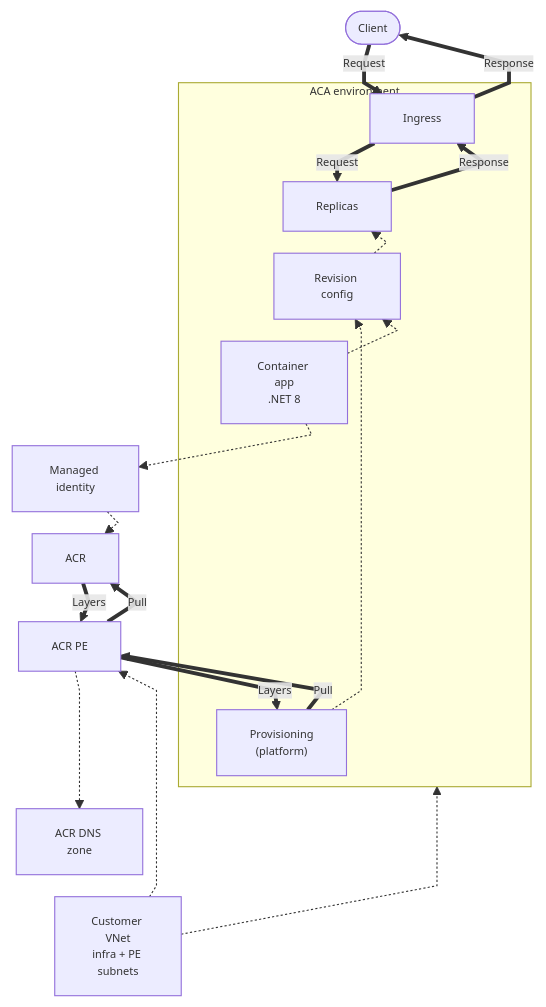
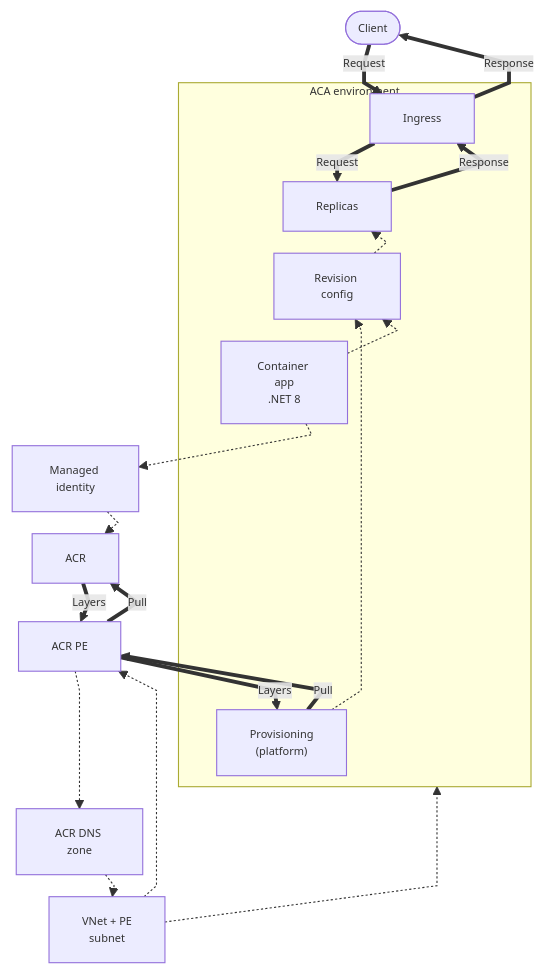
Before and after one commit to yeongseon/azure-container-apps-practical-guide: the first of 2 diagrams in docs/language-guides/dotnet/tutorial/03-configuration.md, drawn with Mermaid. The commit also changed other lines of this file and 1 other file, not shown here.

Commit message:
fix(diagrams): link .NET tutorial DNS zone

````diff
--- a/docs/language-guides/dotnet/tutorial/03-configuration.md
+++ b/docs/language-guides/dotnet/tutorial/03-configuration.md
@@ -38,36 +38,37 @@
 ```mermaid
 %%{init: {"themeVariables": {"fontSize": "10px"}, "flowchart": {"curve": "linear", "nodeSpacing": 5, "rankSpacing": 20, "diagramPadding": 2, "wrappingWidth": 55}}}%%
 flowchart TD
     accTitle: Production-ready Container Apps context for the .NET tutorial
-    accDescr: Client requests and responses pass through managed ingress to .NET replicas. The customer VNet contains infrastructure and private-endpoint subnets associated with the environment and ACR private endpoint. Managed identity is assigned to the app, and platform provisioning exchanges image pull requests and layer responses with ACR through that endpoint.
+    accDescr: Client requests and responses pass through managed ingress to .NET replicas. The customer VNet associates with the environment and ACR private endpoint and links the endpoint's private DNS zone. Managed identity is assigned to the app, and platform provisioning exchanges image pull requests and layer responses with ACR through that endpoint.
     CALLER(["Client"])
-    VNET["Customer VNet<br/>infra + PE subnets"]
+    VNET["VNet + PE<br/>subnet"]
     IDENTITY["Managed identity"]
     PE_ACR["ACR PE"]
     ACR["ACR"]
     DNS["ACR DNS zone"]
     subgraph ENV["ACA environment"]
         INGRESS["Ingress"]
         APP["Container app<br/>.NET 8"]
         REVISION["Revision config"]
         REPLICAS["Replicas"]
         PLATFORM["Provisioning<br/>(platform)"]
     end
     CALLER ~~~ INGRESS ~~~ REPLICAS ~~~ REVISION ~~~ APP ~~~ IDENTITY ~~~ ACR ~~~ PE_ACR ~~~ PLATFORM ~~~ DNS ~~~ VNET
     CALLER ==>|"Request"| INGRESS
     INGRESS ==>|"Response"| CALLER
     INGRESS ==>|"Request"| REPLICAS
     REPLICAS ==>|"Response"| INGRESS
     VNET -.-> ENV
     VNET -.-> PE_ACR
+    DNS -.-> VNET
     APP -.-> IDENTITY
     IDENTITY -.-> ACR
     APP -.-> REVISION
     REVISION -.-> REPLICAS
     PLATFORM -.-> REVISION
     PLATFORM ==>|"Pull"| PE_ACR
     PE_ACR ==>|"Pull"| ACR
     ACR ==>|"Layers"| PE_ACR
     PE_ACR ==>|"Layers"| PLATFORM
     PE_ACR -.-> DNS
 ```
````
